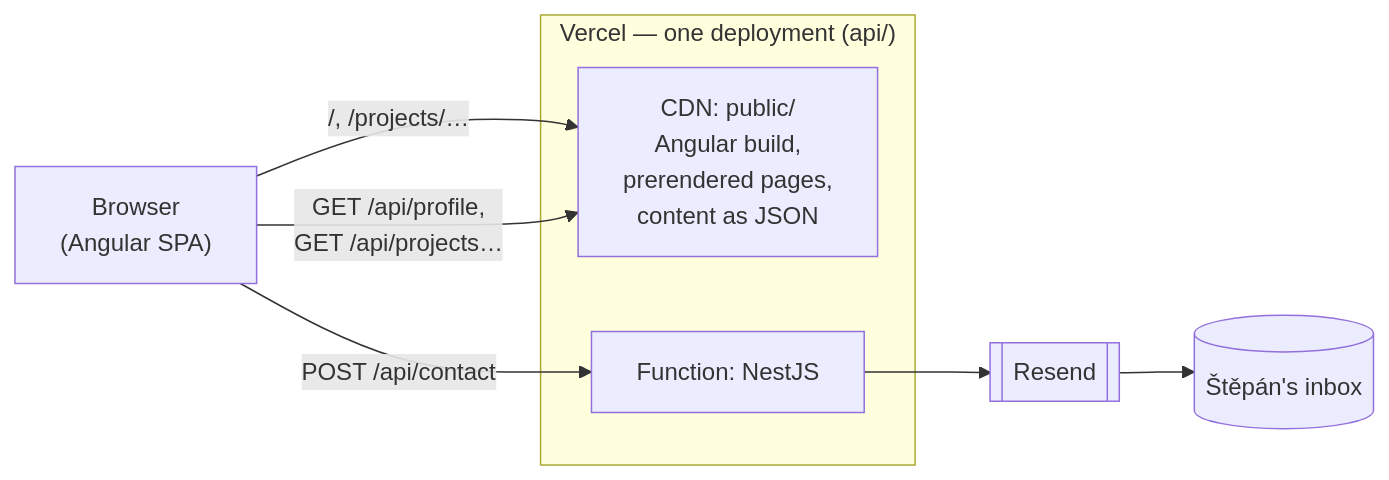
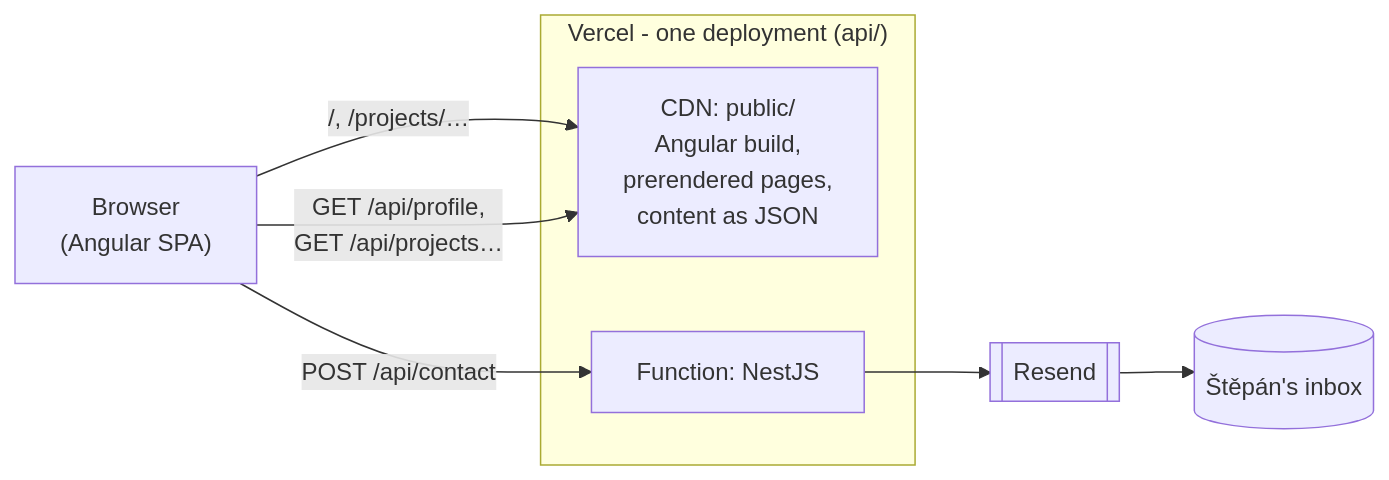
Before and after one commit to stepan-omelka/portfolio: the first of 2 diagrams in ARCHITECTURE.md, drawn with Mermaid. The commit also changed other lines of this file and 15 other files, not shown here.

````diff
--- a/ARCHITECTURE.md
+++ b/ARCHITECTURE.md
@@ -15,15 +15,15 @@
 ```mermaid
 graph LR
   B["Browser<br/>(Angular SPA)"]
-  subgraph V["Vercel — one deployment (api/)"]
+  subgraph V["Vercel - one deployment (api/)"]
     P["CDN: public/<br/>Angular build,<br/>prerendered pages,<br/>content as JSON"]
     R["Function: NestJS"]
   end
   RS[["Resend"]]
   M[("Štěpán's inbox")]
 
   B -->|"/, /projects/…"| P
   B -->|"GET /api/profile,<br/>GET /api/projects…"| P
   B -->|"POST /api/contact"| R
   R --> RS --> M
 ```
````
